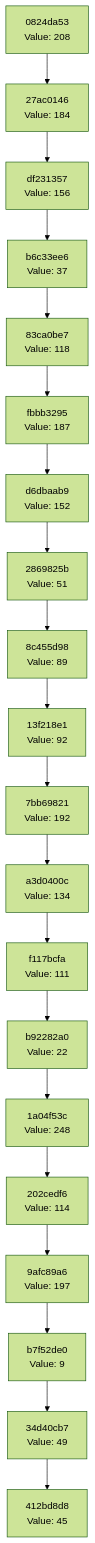
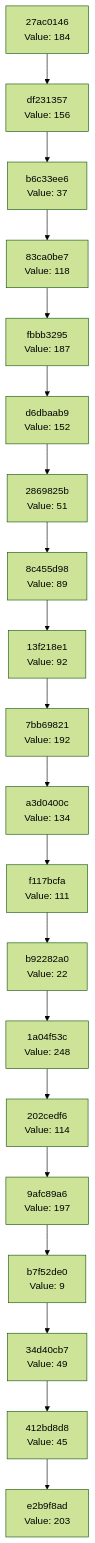
Before and after one commit to Abhisheksinha1506/hash-chain-evolver: the diagram in docs/CHAIN_VISUALIZATION.md, drawn with Mermaid (forest theme). The commit also changed 3 other files, not shown here.

````diff
--- a/docs/CHAIN_VISUALIZATION.md
+++ b/docs/CHAIN_VISUALIZATION.md
@@ -3,42 +3,42 @@
 ```mermaid
 graph TD
-    C0["412bd8d8<br/>Value: 45"]
-    C1["34d40cb7<br/>Value: 49"]
+    C0["e2b9f8ad<br/>Value: 203"]
+    C1["412bd8d8<br/>Value: 45"]
     C1 --> C0
-    C2["b7f52de0<br/>Value: 9"]
+    C2["34d40cb7<br/>Value: 49"]
     C2 --> C1
-    C3["9afc89a6<br/>Value: 197"]
+    C3["b7f52de0<br/>Value: 9"]
     C3 --> C2
-    C4["202cedf6<br/>Value: 114"]
+    C4["9afc89a6<br/>Value: 197"]
     C4 --> C3
-    C5["1a04f53c<br/>Value: 248"]
+    C5["202cedf6<br/>Value: 114"]
     C5 --> C4
-    C6["b92282a0<br/>Value: 22"]
+    C6["1a04f53c<br/>Value: 248"]
     C6 --> C5
-    C7["f117bcfa<br/>Value: 111"]
+    C7["b92282a0<br/>Value: 22"]
     C7 --> C6
-    C8["a3d0400c<br/>Value: 134"]
+    C8["f117bcfa<br/>Value: 111"]
     C8 --> C7
-    C9["7bb69821<br/>Value: 192"]
+    C9["a3d0400c<br/>Value: 134"]
     C9 --> C8
-    C10["13f218e1<br/>Value: 92"]
+    C10["7bb69821<br/>Value: 192"]
     C10 --> C9
-    C11["8c455d98<br/>Value: 89"]
+    C11["13f218e1<br/>Value: 92"]
     C11 --> C10
-    C12["2869825b<br/>Value: 51"]
+    C12["8c455d98<br/>Value: 89"]
     C12 --> C11
-    C13["d6dbaab9<br/>Value: 152"]
+    C13["2869825b<br/>Value: 51"]
     C13 --> C12
-    C14["fbbb3295<br/>Value: 187"]
+    C14["d6dbaab9<br/>Value: 152"]
     C14 --> C13
-    C15["83ca0be7<br/>Value: 118"]
+    C15["fbbb3295<br/>Value: 187"]
     C15 --> C14
-    C16["b6c33ee6<br/>Value: 37"]
+    C16["83ca0be7<br/>Value: 118"]
     C16 --> C15
-    C17["df231357<br/>Value: 156"]
+    C17["b6c33ee6<br/>Value: 37"]
     C17 --> C16
-    C18["27ac0146<br/>Value: 184"]
+    C18["df231357<br/>Value: 156"]
     C18 --> C17
-    C19["0824da53<br/>Value: 208"]
+    C19["27ac0146<br/>Value: 184"]
     C19 --> C18
 ```
````
